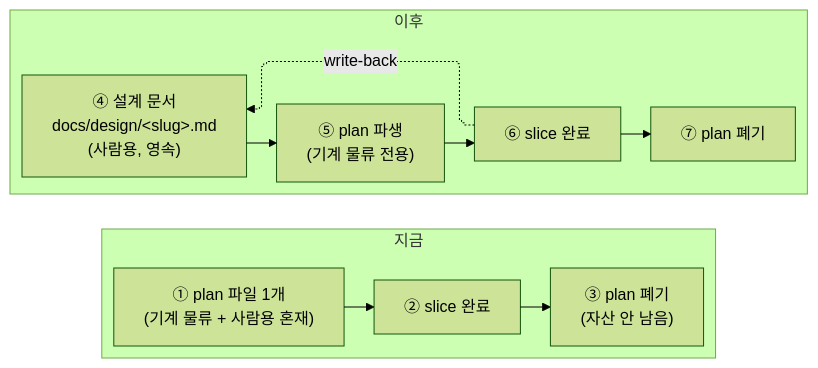
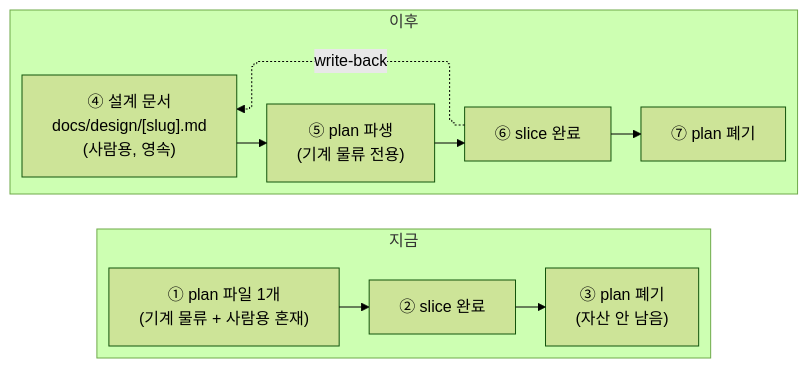
The diagram in docs/design/plan-presentation.md (sshworld/sshworld-best-practice), drawn with Mermaid (forest theme) before and after one commit. The commit also changed other lines of this file and 2 other files, not shown here.

First line of the commit message:
fix: mermaid 실렌더 검증 — 라벨 <> 소실 + elk 조용한 폴백

````diff
--- a/docs/design/plan-presentation.md
+++ b/docs/design/plan-presentation.md
@@ -15,21 +15,21 @@
 ```mermaid
 ---
 config:
   layout: elk          # Obsidian mermaid 11.4.1 확인됨. GitHub 에서 다이어그램이 에러로 뜨면 이 줄 삭제
   flowchart:
     nodeSpacing: 60
     rankSpacing: 90    # 여백 체감 대부분이 여기서 나온다 (기본 50)
     curve: stepBefore
 ---
 flowchart LR
   subgraph 지금["지금"]
     A["① plan 파일 1개<br/>(기계 물류 + 사람용 혼재)"] --> B["② slice 완료"]
     B --> C["③ plan 폐기<br/>(자산 안 남음)"]
   end
   subgraph 이후["이후"]
-    D["④ 설계 문서<br/>docs/design/&lt;slug&gt;.md<br/>(사람용, 영속)"] --> E["⑤ plan 파생<br/>(기계 물류 전용)"]
+    D["④ 설계 문서<br/>docs/design/[slug].md<br/>(사람용, 영속)"] --> E["⑤ plan 파생<br/>(기계 물류 전용)"]
     E --> F["⑥ slice 완료"]
     F --> G["⑦ plan 폐기"]
     F -.write-back.-> D
   end
 ```
````
